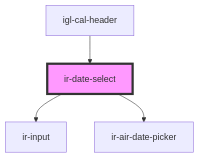
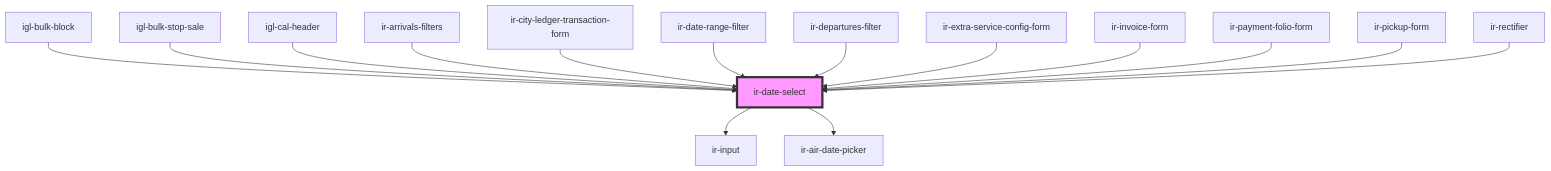
The diagram in src/components/ui/date-picker/ir-date-select/readme.md (RonyRizk/ir-webcmp), drawn with Mermaid before and after one commit. The commit also changed other lines of this file and 586 other files, not shown here.

````diff
--- a/src/components/ui/date-picker/ir-date-select/readme.md
+++ b/src/components/ui/date-picker/ir-date-select/readme.md
@@ -99,7 +108,18 @@
 ```mermaid
 graph TD;
   ir-date-select --> ir-input
   ir-date-select --> ir-air-date-picker
+  igl-bulk-block --> ir-date-select
+  igl-bulk-stop-sale --> ir-date-select
   igl-cal-header --> ir-date-select
+  ir-arrivals-filters --> ir-date-select
+  ir-city-ledger-transaction-form --> ir-date-select
+  ir-date-range-filter --> ir-date-select
+  ir-departures-filter --> ir-date-select
+  ir-extra-service-config-form --> ir-date-select
+  ir-invoice-form --> ir-date-select
+  ir-payment-folio-form --> ir-date-select
+  ir-pickup-form --> ir-date-select
+  ir-rectifier --> ir-date-select
   style ir-date-select fill:#f9f,stroke:#333,stroke-width:4px
 ```
````
